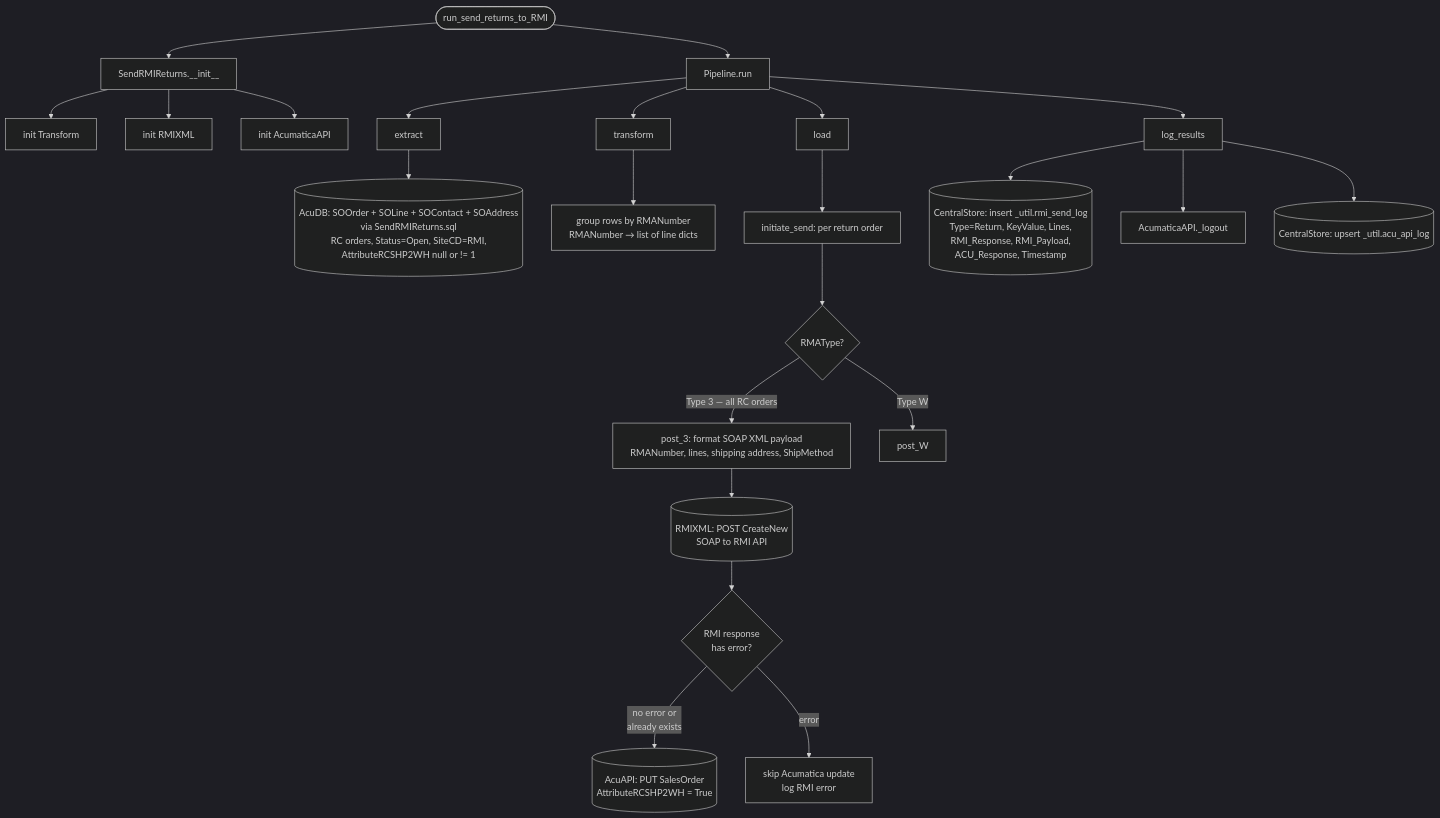
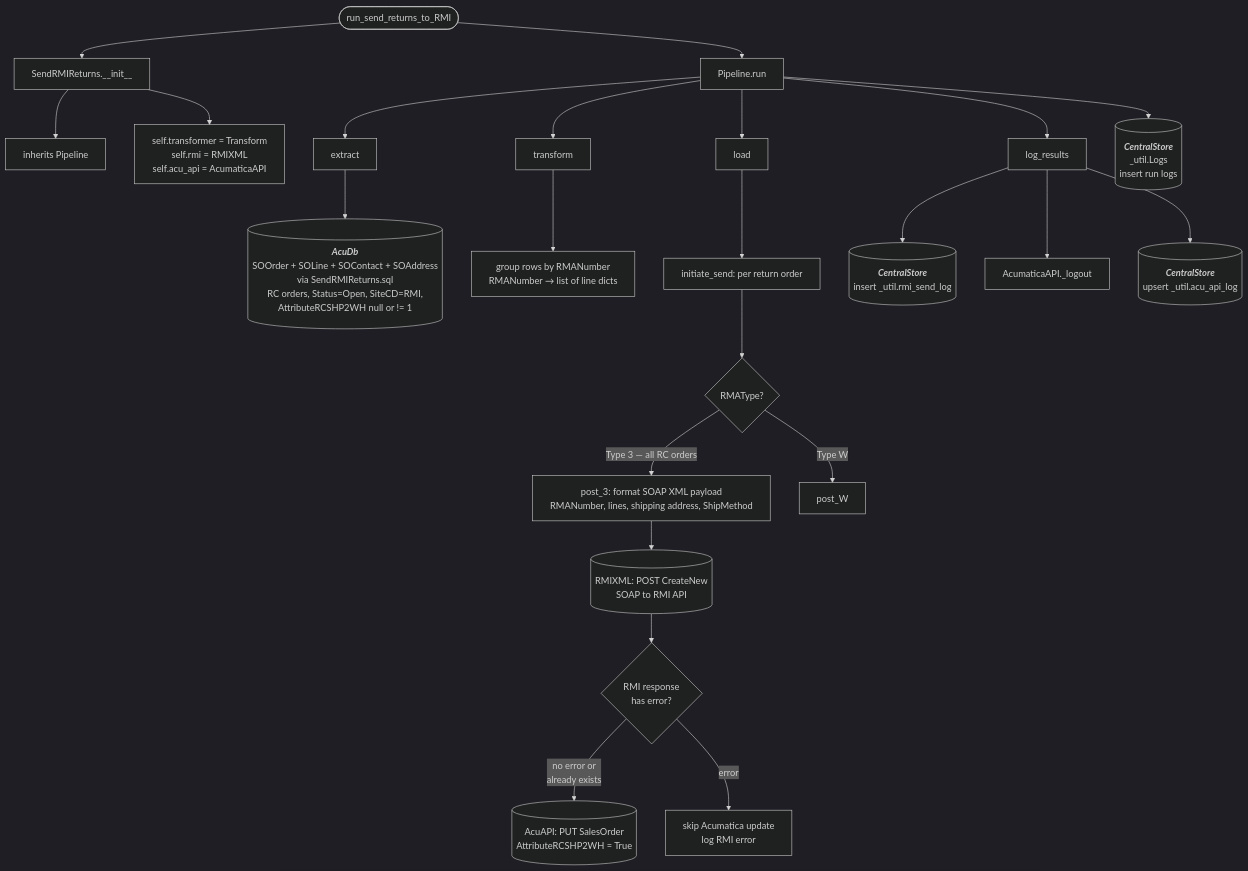
Before and after one commit to journeyhl/integration-platform: the third of 3 diagrams in docs/functions/rmi_send_shipment_return_pipeline.md, drawn with Mermaid (dark theme). The commit also changed other lines of this file and 42 other files, not shown here.

````diff
--- a/docs/functions/rmi_send_shipment_return_pipeline.md
+++ b/docs/functions/rmi_send_shipment_return_pipeline.md
@@ -66,30 +80,44 @@
 ```mermaid
 %%{init: {"flowchart": {"wrappingWidth": 400}}}%%
 flowchart TD
     A([run_send_returns_to_RMI]) --> B[SendRMIReturns.__init__]
-    B --> B1[init Transform]
-    B --> B2[init RMIXML]
-    B --> B3[init AcumaticaAPI]
+    B --> B1[inherits Pipeline]
+    B --> B2[ 
+        self.transformer = Transform
+        self.rmi = RMIXML
+        self.acu_api = AcumaticaAPI
+    ]
     A --> RUN[Pipeline.run]
 
     RUN --> EX[extract]
-    EX --> D1[(AcuDB: SOOrder + SOLine + SOContact + SOAddress<br/>via SendRMIReturns.sql<br/>RC orders, Status=Open, SiteCD=RMI,<br/>AttributeRCSHP2WH null or != 1)]
+    EX --> D1[(
+        <b><i>AcuDb</i></b>
+        SOOrder + SOLine + SOContact + SOAddress<br/>via SendRMIReturns.sql<br/>RC orders, Status=Open, SiteCD=RMI,<br/>AttributeRCSHP2WH null or != 1)]
 
     RUN --> TR[transform]
     TR --> T1[group rows by RMANumber<br/>RMANumber → list of line dicts]
 
     RUN --> LD[load]
     LD --> LD1[initiate_send: per return order]
     LD1 --> LD2{RMAType?}
     LD2 -->|Type 3 — all RC orders| LD3[post_3: format SOAP XML payload<br/>RMANumber, lines, shipping address, ShipMethod]
     LD2 -->|Type W| LD4[post_W]
     LD3 --> RS1[(RMIXML: POST CreateNew<br/>SOAP to RMI API)]
     RS1 --> LD5{RMI response<br/>has error?}
     LD5 -->|no error or<br/>already exists| LD6[(AcuAPI: PUT SalesOrder<br/>AttributeRCSHP2WH = True)]
     LD5 -->|error| SKIP[skip Acumatica update<br/>log RMI error]
 
     RUN --> LR[log_results]
-    LR --> LR1[(CentralStore: insert _util.rmi_send_log<br/>Type=Return, KeyValue, Lines,<br/>RMI_Response, RMI_Payload,<br/>ACU_Response, Timestamp)]
+    LR --> LR1[(
+        <b><i>CentralStore</i></b>
+        insert _util.rmi_send_log
+    )]
     LR --> LO[AcumaticaAPI._logout]
-    LR --> UPS[(CentralStore: upsert _util.acu_api_log)]
+    LR --> UPS[(
+        <b><i>CentralStore</i></b>
+        upsert _util.acu_api_log)]
+    RUN --> LOGS[(
+        <b><i>CentralStore</i></b>
+        _util.Logs<br/>insert run logs
+    )]
 ```
````
